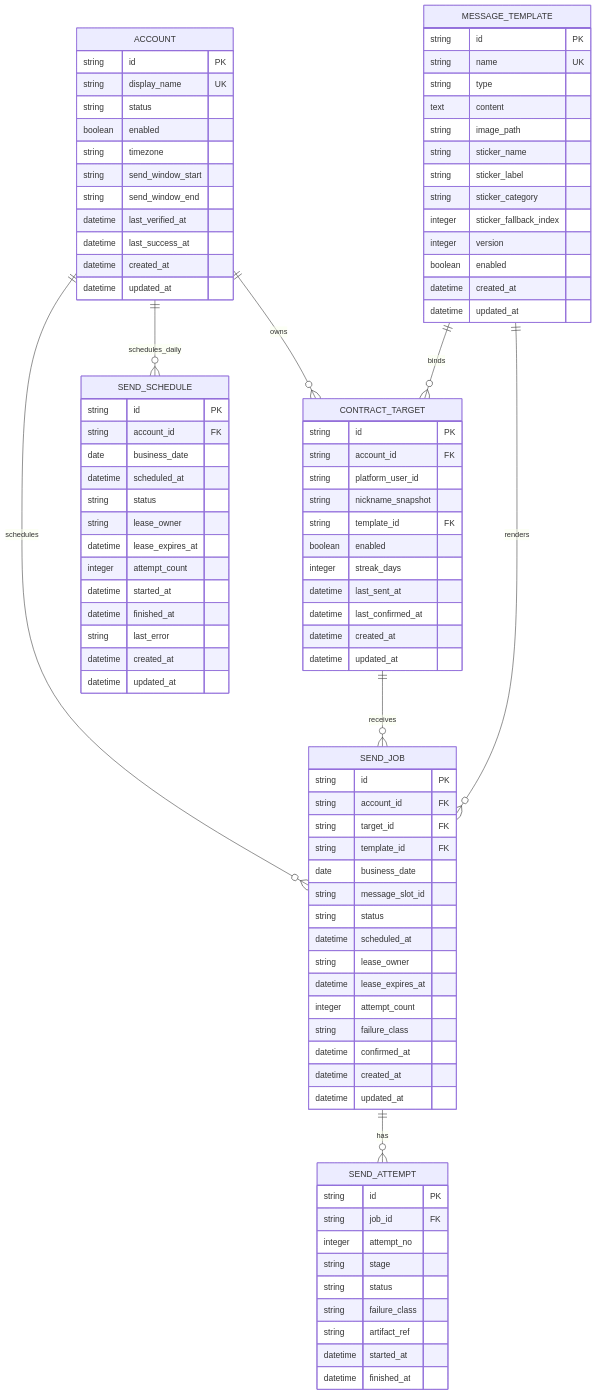
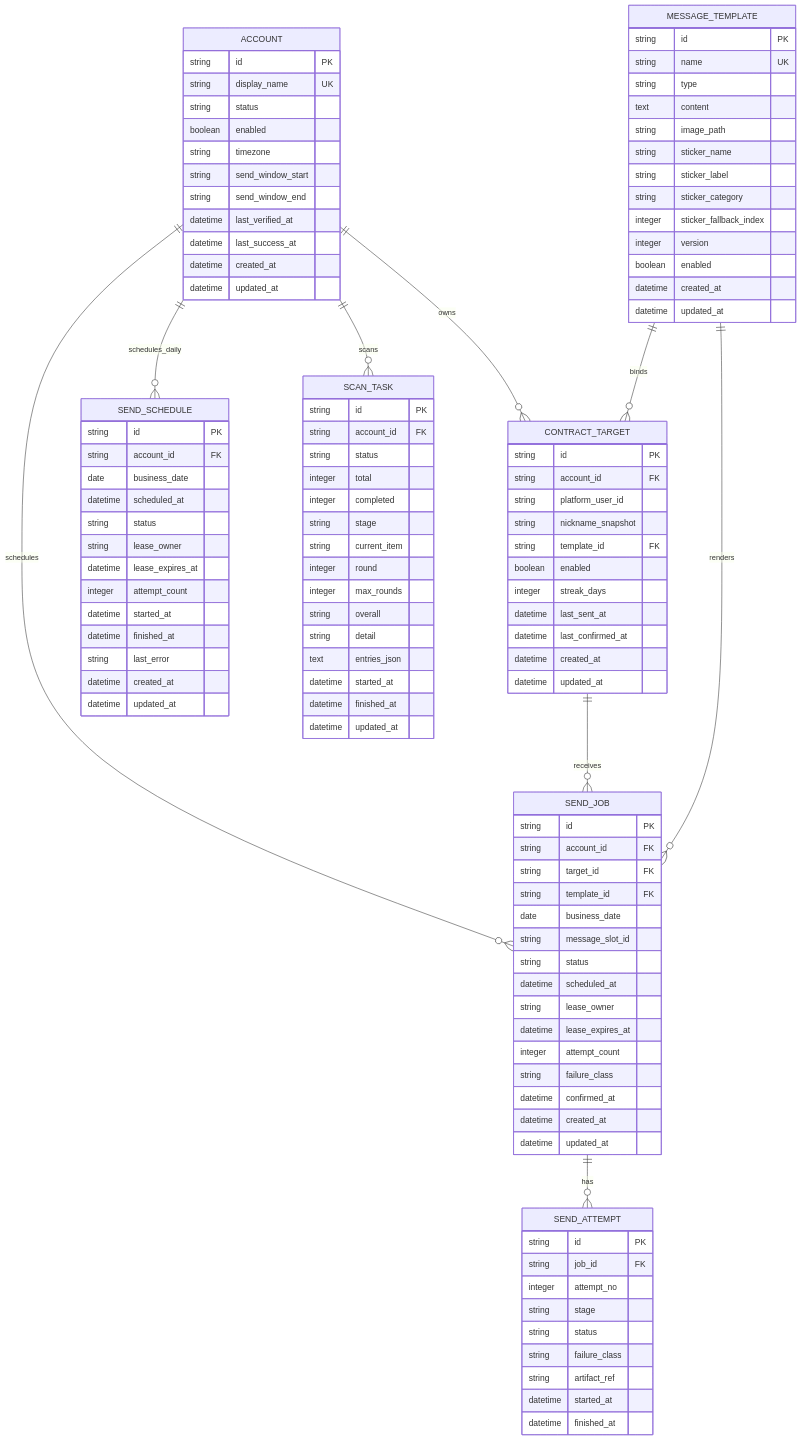
One commit to oinzc/flame-contractor-oss changed the diagram in docs/SCHEMA.md. Above: the diagram before and after it, drawn with Mermaid. The commit also changed other lines of this file and 5 other files, not shown here.

````diff
--- a/docs/SCHEMA.md
+++ b/docs/SCHEMA.md
@@ -13,6 +13,7 @@
   MESSAGE_TEMPLATE ||--o{ SEND_JOB : renders
   SEND_JOB ||--o{ SEND_ATTEMPT : has
   ACCOUNT ||--o{ SEND_SCHEDULE : schedules_daily
+  ACCOUNT ||--o{ SCAN_TASK : scans
 
   ACCOUNT {
     string id PK
@@ -103,4 +104,22 @@
     datetime created_at
     datetime updated_at
   }
+
+  SCAN_TASK {
+    string id PK
+    string account_id FK
+    string status
+    integer total
+    integer completed
+    string stage
+    string current_item
+    integer round
+    integer max_rounds
+    string overall
+    string detail
+    text entries_json
+    datetime started_at
+    datetime finished_at
+    datetime updated_at
+  }
 ```
````
